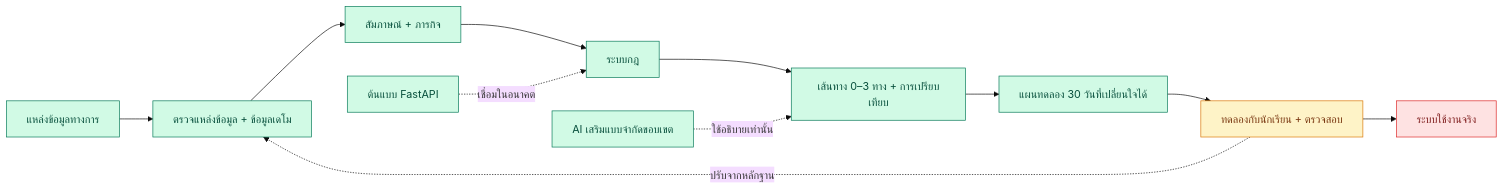
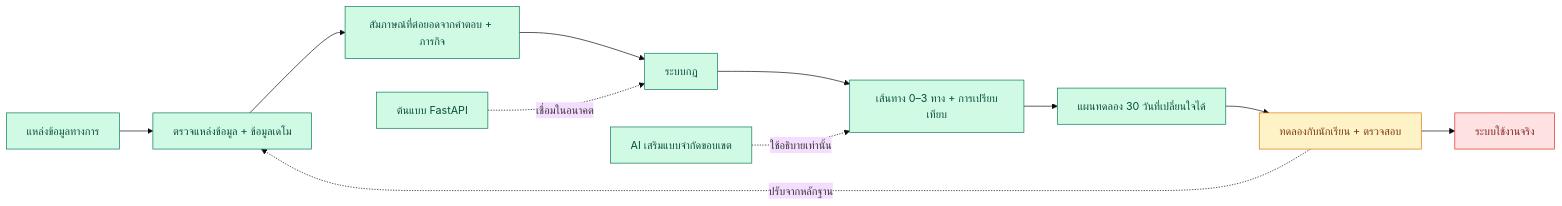
One commit to Pongkarm/Future_Me changed the diagram in READMETH.md. Above: the diagram before and after it, drawn with Mermaid (base theme). The commit also changed other lines of this file and 37 other files, not shown here.

````diff
--- a/READMETH.md
+++ b/READMETH.md
@@ -73,21 +73,21 @@
 ```mermaid
 flowchart LR
     A["แหล่งข้อมูลทางการ"] --> B["ตรวจแหล่งข้อมูล + ข้อมูลเดโม"]
-    B --> C["สัมภาษณ์ + ภารกิจ"]
+    B --> C["สัมภาษณ์ที่ต่อยอดจากคำตอบ + ภารกิจ"]
     C --> D["ระบบกฎ"]
     D --> E["เส้นทาง 0–3 ทาง + การเปรียบเทียบ"]
     E --> F["แผนทดลอง 30 วันที่เปลี่ยนใจได้"]
     F --> G["ทดลองกับนักเรียน + ตรวจสอบ"]
     G -. "ปรับจากหลักฐาน" .-> B
     G --> H["ระบบใช้งานจริง"]
 
     I["AI เสริมแบบจำกัดขอบเขต"] -. "ใช้อธิบายเท่านั้น" .-> E
     J["ต้นแบบ FastAPI"] -. "เชื่อมในอนาคต" .-> D
 
     classDef working fill:#d1fae5,stroke:#047857,color:#064e3b;
     classDef validating fill:#fef3c7,stroke:#d97706,color:#78350f;
     classDef planned fill:#fee2e2,stroke:#dc2626,color:#7f1d1d;
     class A,B,C,D,E,F,I,J working;
     class G validating;
     class H planned;
 ```
````
